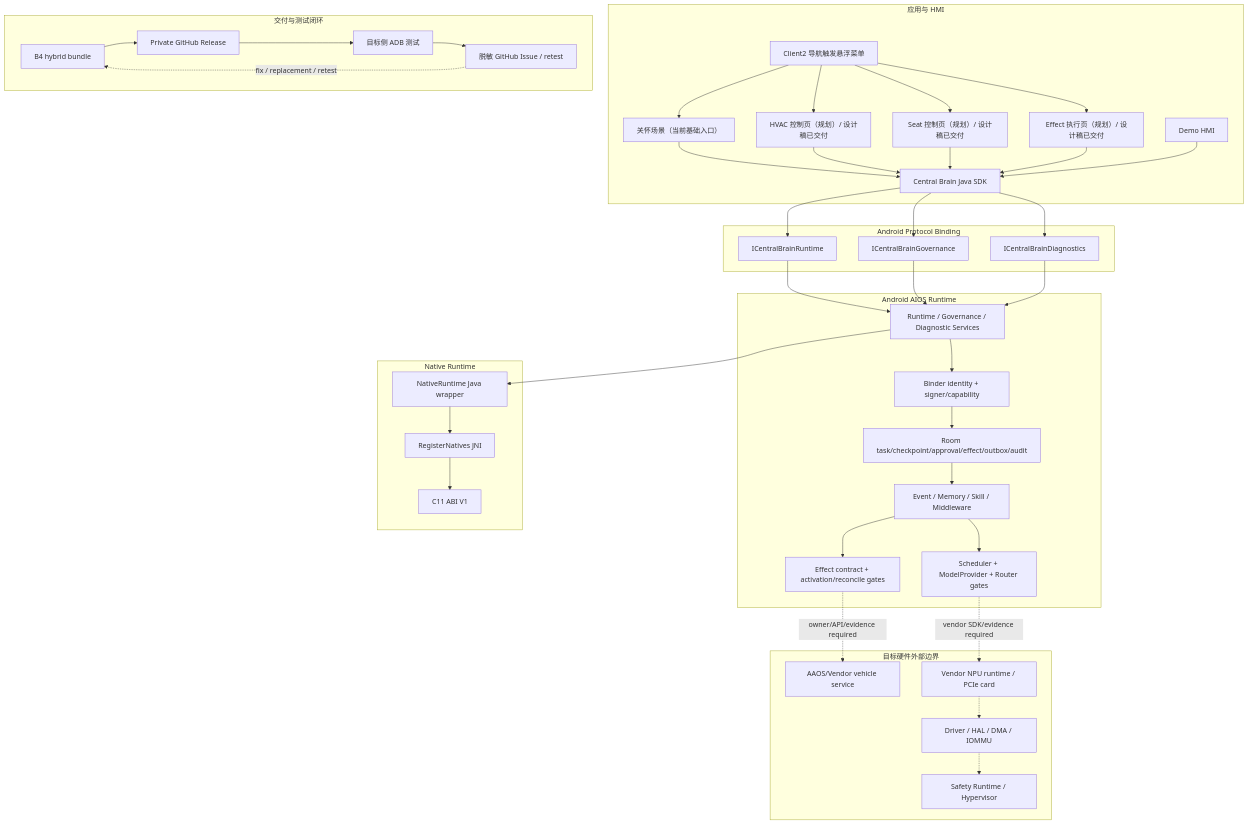
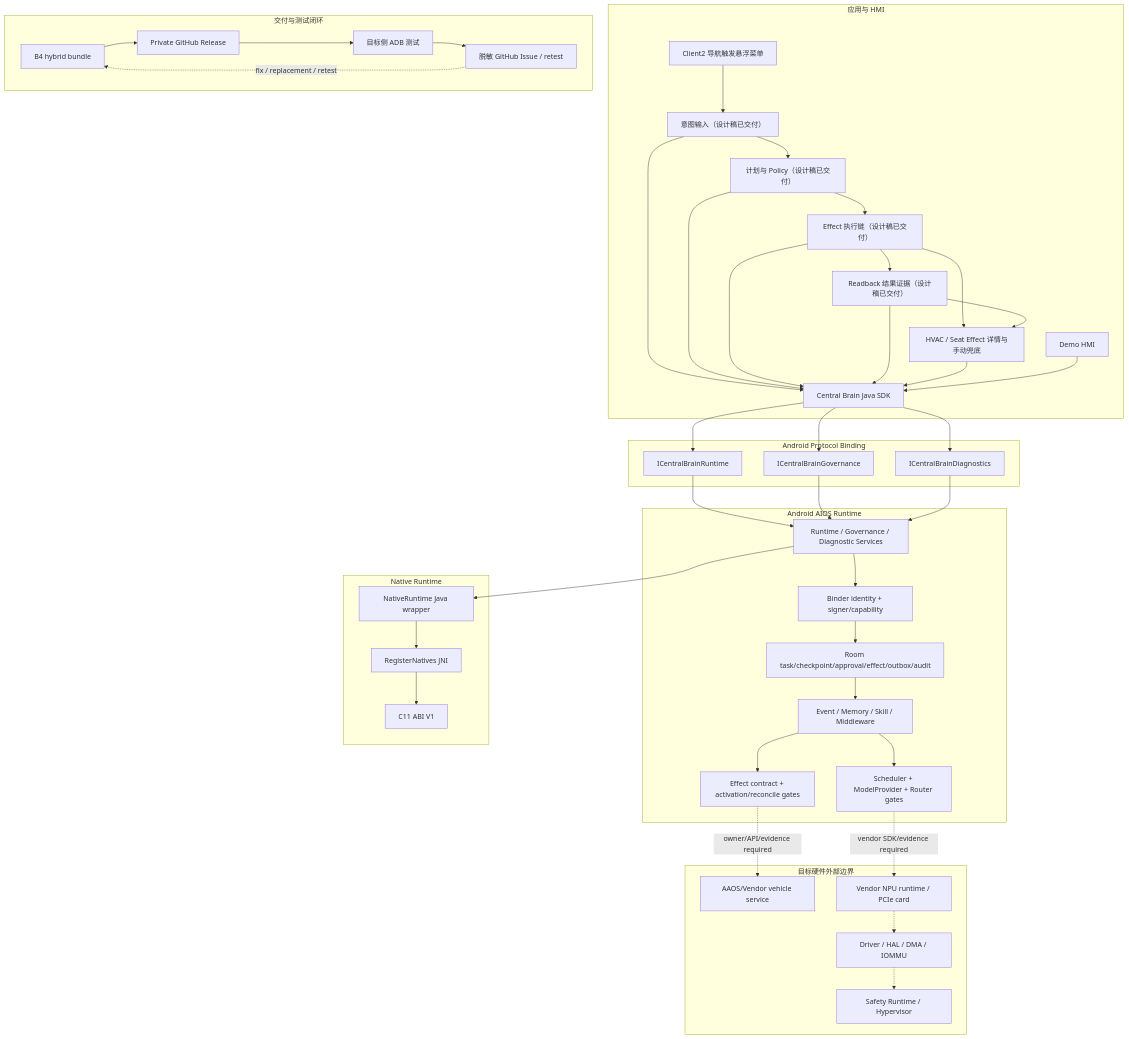
Before and after one commit to LucasWEIchen/CougarOS: the diagram in README.md, drawn with Mermaid. The commit also changed other lines of this file and 27 other files, not shown here.

````diff
--- a/README.md
+++ b/README.md
@@ -88,73 +89,74 @@
 ```mermaid
 flowchart TB
   subgraph App["应用与 HMI"]
     Client2["Client2 导航触发悬浮菜单"]
-    Care["关怀场景（当前基础入口）"]
-    ClimateUi["HVAC 控制页（规划）/ 设计稿已交付"]
-    SeatUi["Seat 控制页（规划）/ 设计稿已交付"]
-    ExecutionUi["Effect 执行页（规划）/ 设计稿已交付"]
+    IntentUi["意图输入（设计稿已交付）"]
+    PlanUi["计划与 Policy（设计稿已交付）"]
+    ExecutionUi["Effect 执行链（设计稿已交付）"]
+    ResultUi["Readback 结果证据（设计稿已交付）"]
+    DeviceUi["HVAC / Seat Effect 详情与手动兜底"]
     Demo["Demo HMI"]
     Sdk["Central Brain Java SDK"]
   end
 
   subgraph Binder["Android Protocol Binding"]
     RuntimeApi["ICentralBrainRuntime"]
     GovApi["ICentralBrainGovernance"]
     DiagApi["ICentralBrainDiagnostics"]
   end
 
   subgraph Runtime["Android AIOS Runtime"]
     Services["Runtime / Governance / Diagnostic Services"]
     Identity["Binder identity + signer/capability"]
     Durable["Room task/checkpoint/approval/effect/outbox/audit"]
     Domains["Event / Memory / Skill / Middleware"]
     Model["Scheduler + ModelProvider + Router gates"]
     Effect["Effect contract + activation/reconcile gates"]
   end
 
   subgraph Native["Native Runtime"]
     JavaBridge["NativeRuntime Java wrapper"]
     Jni["RegisterNatives JNI"]
     CAbi["C11 ABI V1"]
   end
 
   subgraph Target["目标硬件外部边界"]
     Vehicle["AAOS/Vendor vehicle service"]
     VendorNpu["Vendor NPU runtime / PCIe card"]
     Driver["Driver / HAL / DMA / IOMMU"]
     Safety["Safety Runtime / Hypervisor"]
   end
 
   subgraph Delivery["交付与测试闭环"]
     Bundle["B4 hybrid bundle"]
     Release["Private GitHub Release"]
     Tester["目标侧 ADB 测试"]
     Issue["脱敏 GitHub Issue / retest"]
   end
 
-  Client2 --> Care
-  Client2 --> ClimateUi
-  Client2 --> SeatUi
-  Client2 --> ExecutionUi
-  Care --> Sdk
-  ClimateUi --> Sdk
-  SeatUi --> Sdk
+  Client2 --> IntentUi --> PlanUi --> ExecutionUi --> ResultUi
+  ExecutionUi --> DeviceUi
+  ResultUi --> DeviceUi
+  IntentUi --> Sdk
+  PlanUi --> Sdk
   ExecutionUi --> Sdk
+  ResultUi --> Sdk
+  DeviceUi --> Sdk
   Demo --> Sdk
   Sdk --> RuntimeApi
   Sdk --> GovApi
   Sdk --> DiagApi
   RuntimeApi --> Services
   GovApi --> Services
   DiagApi --> Services
   Services --> Identity --> Durable
   Durable --> Domains
   Domains --> Model
   Domains --> Effect
   Services --> JavaBridge --> Jni --> CAbi
   Effect -. "owner/API/evidence required" .-> Vehicle
   Model -. "vendor SDK/evidence required" .-> VendorNpu
   VendorNpu -.-> Driver -.-> Safety
   Bundle --> Release --> Tester --> Issue
   Issue -. "fix / replacement / retest" .-> Bundle
 ```
````
